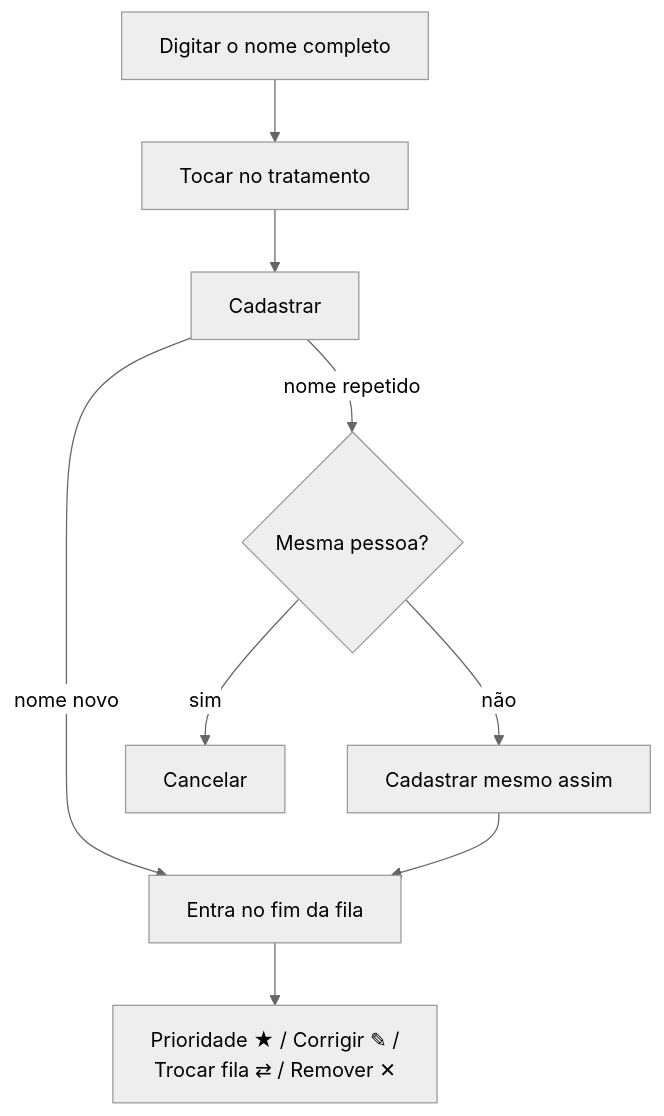
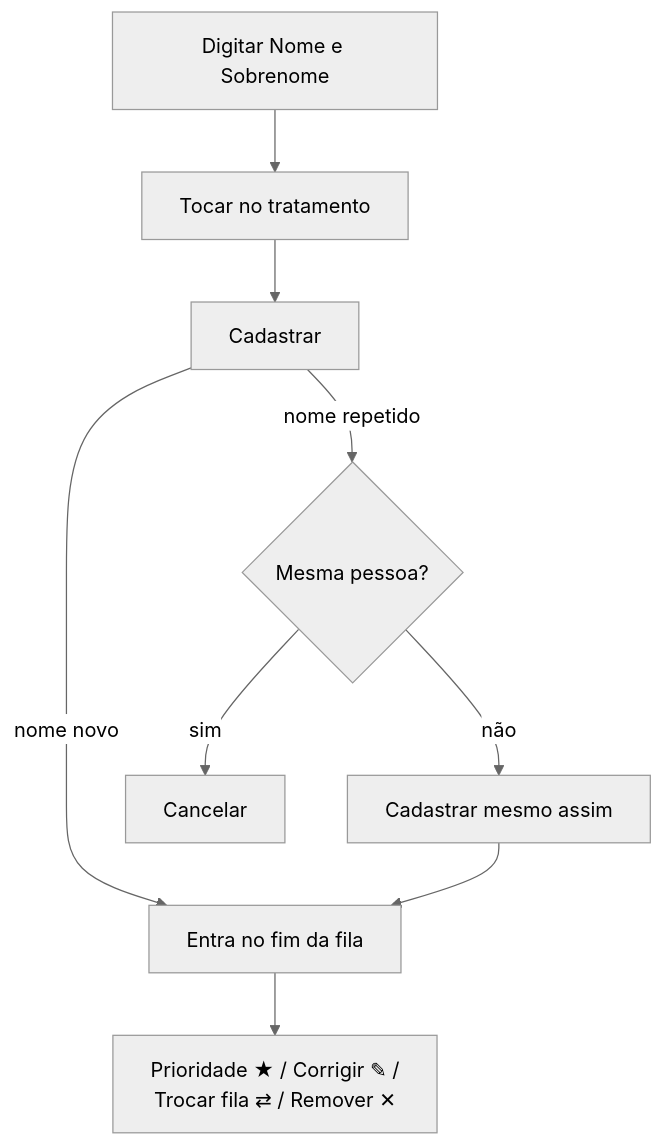
One commit to ZeRobertoMagalhaes/Gelf_Painel-chamadas-tv-filas changed the first of 2 diagrams in docs/fluxos/2-recepcao.md. Above: the diagram before and after it, drawn with Mermaid (neutral theme). The commit also changed other lines of this file and 24 other files, not shown here.

First line of the commit message:
Página inicial por tipo de tratamento com QR por nome e por IP, rótulo "Nome e Sobrenome" e roteiro rápido

````diff
--- a/docs/fluxos/2-recepcao.md
+++ b/docs/fluxos/2-recepcao.md
@@ -7,10 +7,10 @@
 ```mermaid
 flowchart TD
-    A[Digitar o nome completo] --> B[Tocar no tratamento]
+    A[Digitar Nome e Sobrenome] --> B[Tocar no tratamento]
     B --> C[Cadastrar]
     C -->|nome novo| D[Entra no fim da fila]
     C -->|nome repetido| E{Mesma pessoa?}
     E -->|não| F[Cadastrar mesmo assim] --> D
     E -->|sim| G[Cancelar]
     D --> H[Prioridade ★ / Corrigir ✎ /<br/>Trocar fila ⇄ / Remover ✕]
 ```
````
